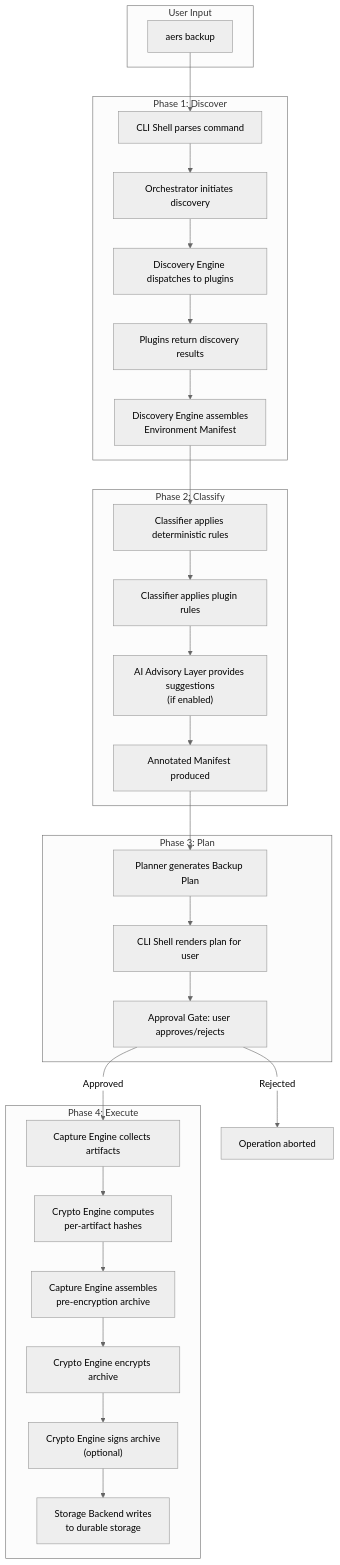
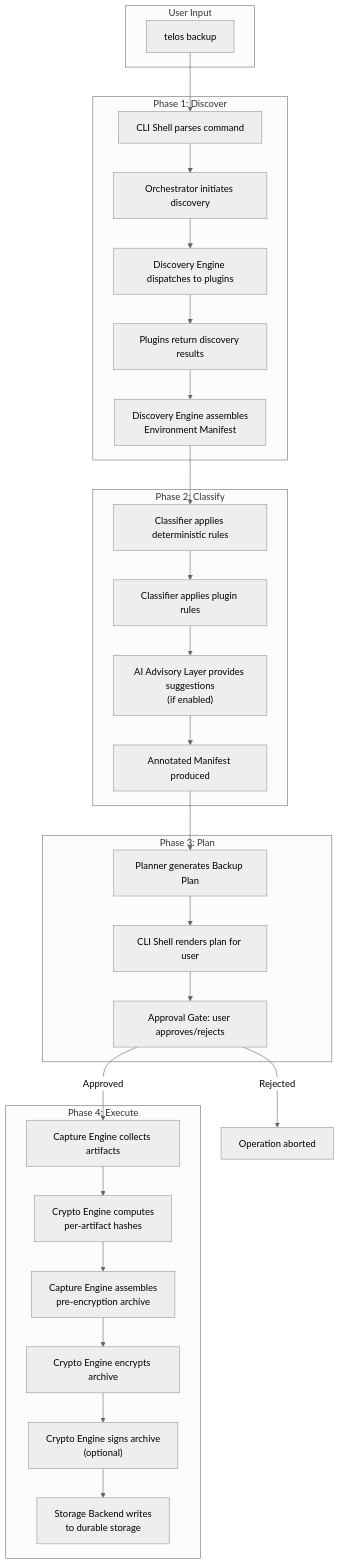
The third of 5 diagrams in docs/02_Architecture.md (temanhattan/Telos), drawn with Mermaid (neutral theme) before and after one commit. The commit also changed other lines of this file and 25 other files, not shown here.

````diff
--- a/docs/02_Architecture.md
+++ b/docs/02_Architecture.md
@@ -890,42 +890,42 @@
 ```mermaid
 flowchart TD
     subgraph INPUT["User Input"]
-        CMD["aers backup"]
+        CMD["telos backup"]
     end
 
     subgraph DISCOVER["Phase 1: Discover"]
         D1["CLI Shell parses command"]
         D2["Orchestrator initiates discovery"]
         D3["Discovery Engine dispatches to plugins"]
         D4["Plugins return discovery results"]
         D5["Discovery Engine assembles\nEnvironment Manifest"]
     end
 
     subgraph CLASSIFY["Phase 2: Classify"]
         C1["Classifier applies deterministic rules"]
         C2["Classifier applies plugin rules"]
         C3["AI Advisory Layer provides suggestions\n(if enabled)"]
         C4["Annotated Manifest produced"]
     end
 
     subgraph PLAN["Phase 3: Plan"]
         P1["Planner generates Backup Plan"]
         P2["CLI Shell renders plan for user"]
         P3["Approval Gate: user approves/rejects"]
     end
 
     subgraph EXECUTE["Phase 4: Execute"]
         E1["Capture Engine collects artifacts"]
         E2["Crypto Engine computes\nper-artifact hashes"]
         E3["Capture Engine assembles\npre-encryption archive"]
         E4["Crypto Engine encrypts archive"]
         E5["Crypto Engine signs archive\n(optional)"]
         E6["Storage Backend writes\nto durable storage"]
     end
 
     CMD --> D1 --> D2 --> D3 --> D4 --> D5
     D5 --> C1 --> C2 --> C3 --> C4
     C4 --> P1 --> P2 --> P3
     P3 -->|"Approved"| E1 --> E2 --> E3 --> E4 --> E5 --> E6
     P3 -->|"Rejected"| ABORT["Operation aborted"]
 ```
````
